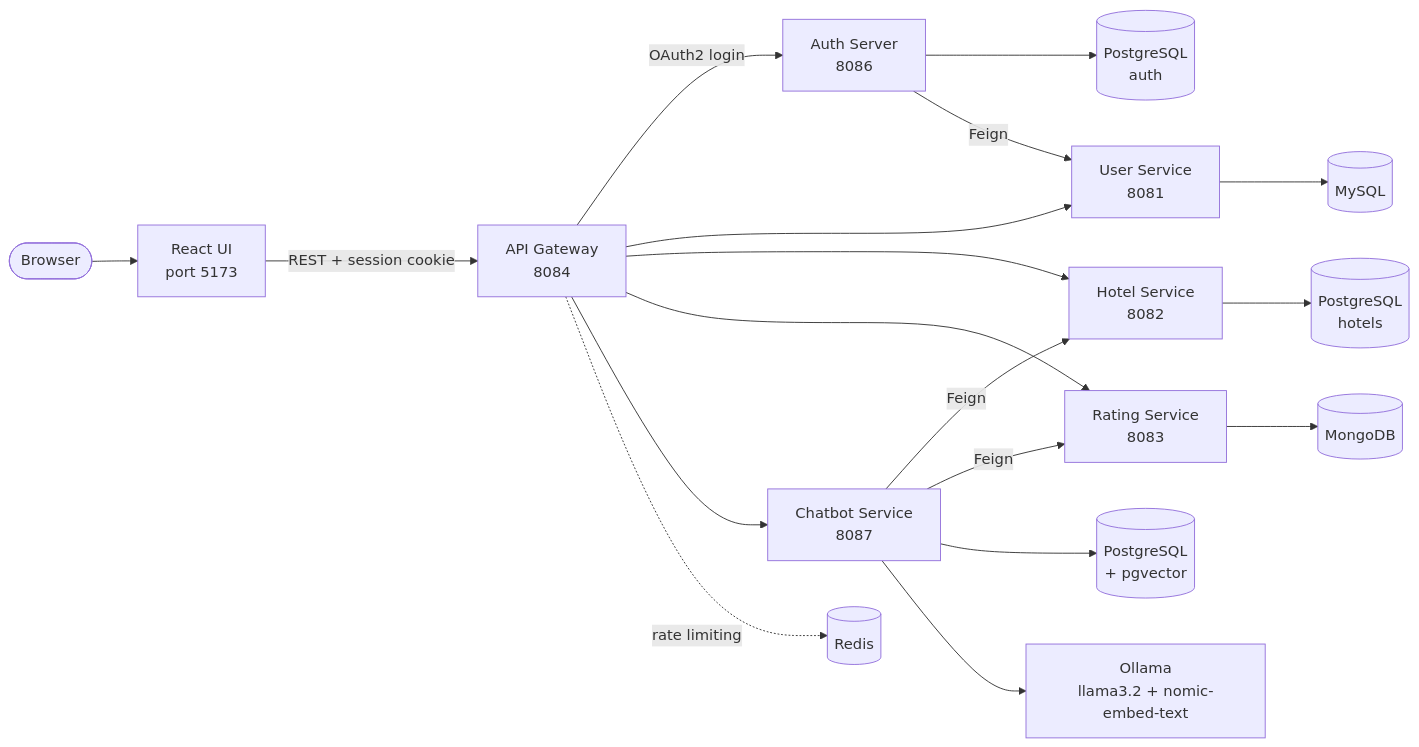
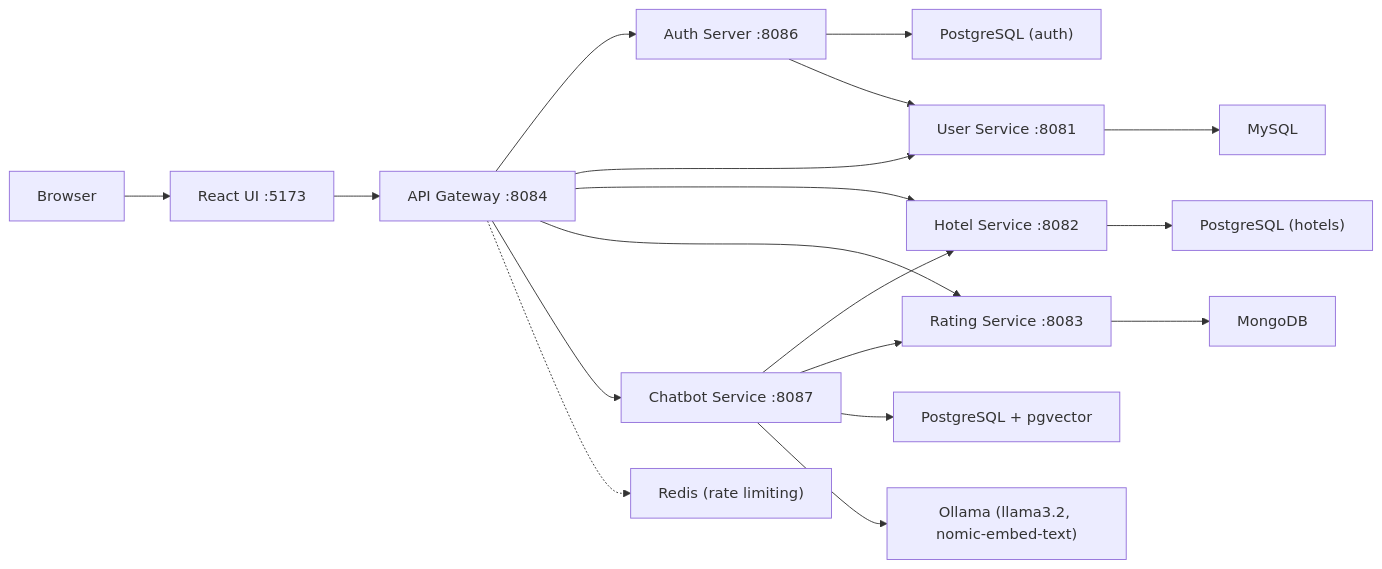
The diagram in README.md (Hemant15-Bl/hotel_ratings_app), drawn with Mermaid before and after one commit. The commit also changed other lines of this file, not shown here.

Commit message:
Fix: Remove br tag for flowchart to visible

````diff
--- a/README.md
+++ b/README.md
@@ -55,23 +55,23 @@
 ```mermaid
-flowchart LR
-    Browser([Browser]) --> UI["React UI<br/>port 5173"]
-    UI -->|REST + session cookie| GW["API Gateway<br/>8084"]
+graph LR
+    Browser["Browser"] --> UI["React UI :5173"]
+    UI --> GW["API Gateway :8084"]
 
-    GW -->|OAuth2 login| AUTH["Auth Server<br/>8086"]
-    GW --> USER["User Service<br/>8081"]
-    GW --> HOTEL["Hotel Service<br/>8082"]
-    GW --> RATING["Rating Service<br/>8083"]
-    GW --> CHAT["Chatbot Service<br/>8087"]
-    GW -.->|rate limiting| REDIS[("Redis")]
+    GW --> AUTH["Auth Server :8086"]
+    GW --> USER["User Service :8081"]
+    GW --> HOTEL["Hotel Service :8082"]
+    GW --> RATING["Rating Service :8083"]
+    GW --> CHAT["Chatbot Service :8087"]
+    GW -.-> REDIS["Redis (rate limiting)"]
 
-    AUTH --> AUTHDB[("PostgreSQL<br/>auth")]
-    AUTH -->|Feign| USER
-    USER --> MYSQL[("MySQL")]
-    HOTEL --> HOTELDB[("PostgreSQL<br/>hotels")]
-    RATING --> MONGO[("MongoDB")]
+    AUTH --> AUTHDB["PostgreSQL (auth)"]
+    AUTH --> USER
+    USER --> MYSQL["MySQL"]
+    HOTEL --> HOTELDB["PostgreSQL (hotels)"]
+    RATING --> MONGO["MongoDB"]
 
-    CHAT -->|Feign| HOTEL
-    CHAT -->|Feign| RATING
-    CHAT --> VEC[("PostgreSQL<br/>+ pgvector")]
-    CHAT --> OLLAMA["Ollama<br/>llama3.2 + nomic-embed-text"]
+    CHAT --> HOTEL
+    CHAT --> RATING
+    CHAT --> VEC["PostgreSQL + pgvector"]
+    CHAT --> OLLAMA["Ollama (llama3.2, nomic-embed-text)"]
 ```
````
